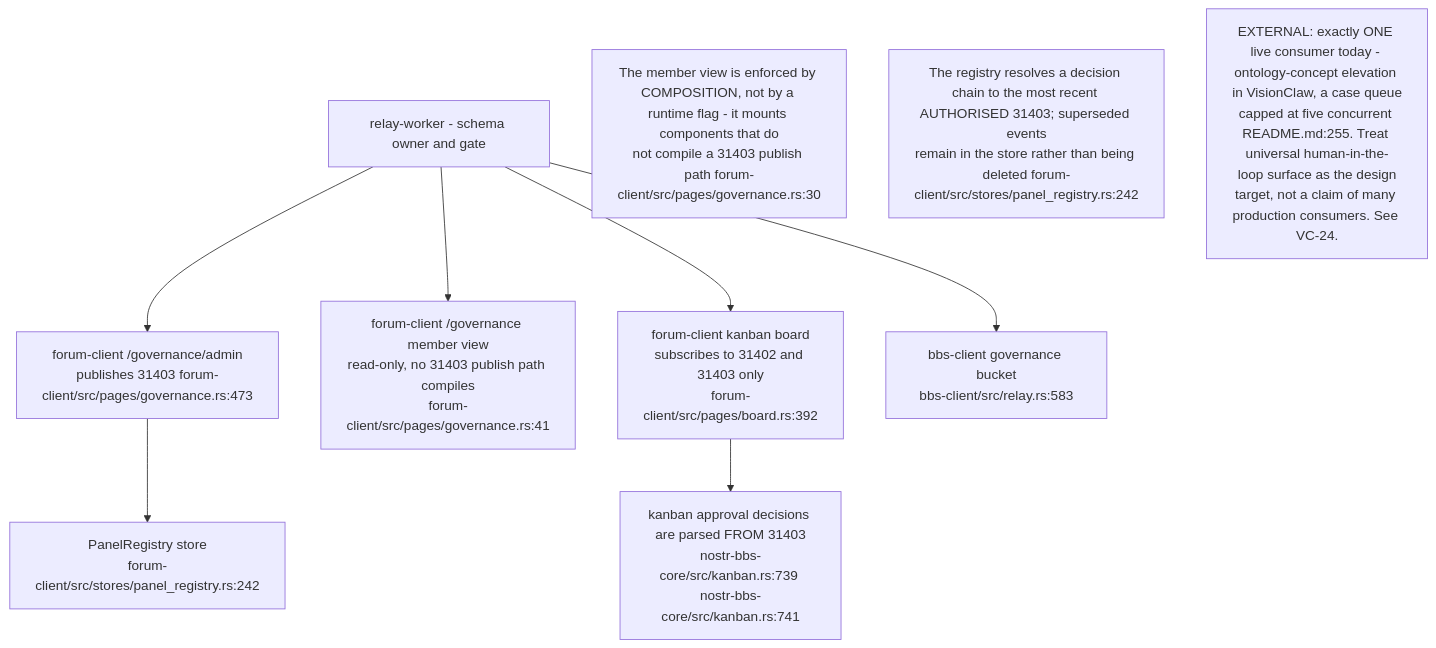
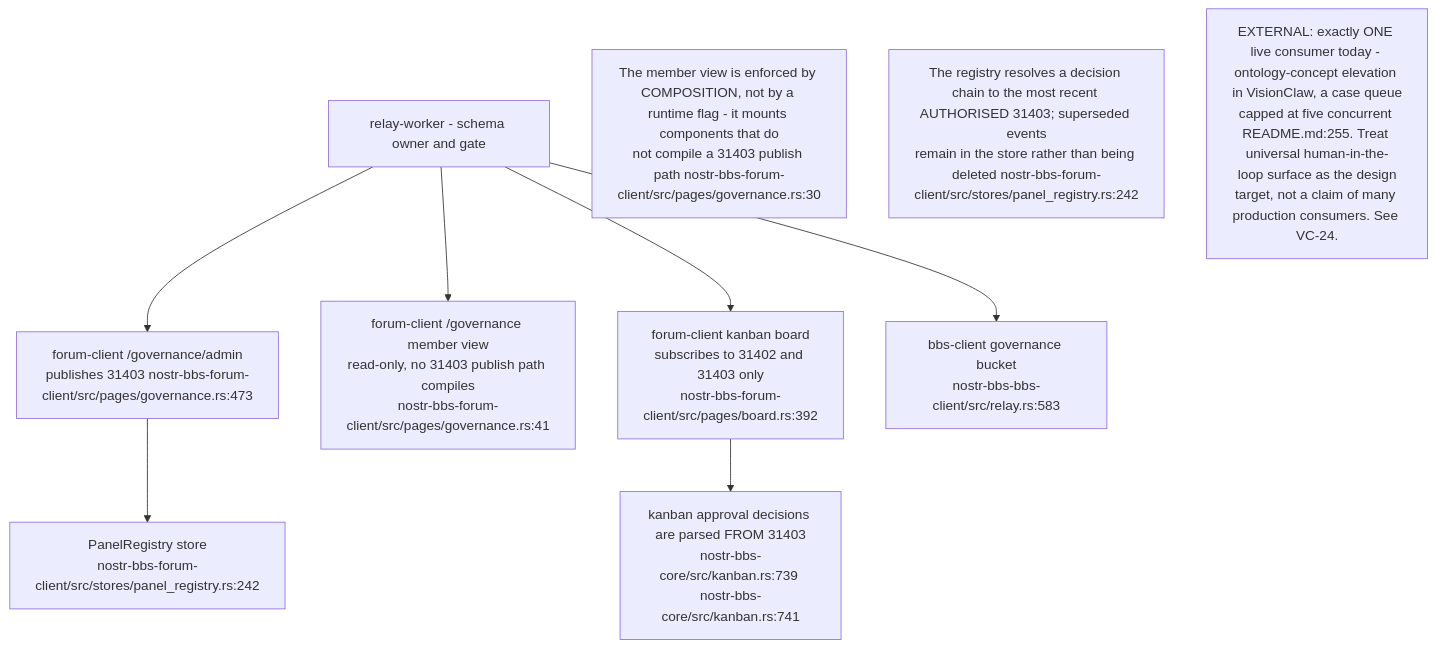
The tenth of 11 diagrams in docs/diagrams/nostr-rust-forum/06-agent-control-surface-31400-31405.md (DreamLab-AI/VisionFlow), drawn with Mermaid before and after one commit. The commit also changed other lines of this file and 185 other files, not shown here.

Commit message:
docs(estate): reconcile diagrams and ADRs with source and define closeout sprint

````diff
--- a/docs/diagrams/nostr-rust-forum/06-agent-control-surface-31400-31405.md
+++ b/docs/diagrams/nostr-rust-forum/06-agent-control-surface-31400-31405.md
@@ -278,18 +279,18 @@
 ```mermaid
 flowchart TB
     RELAY["relay-worker - schema owner and gate"]
-    FCADMIN["forum-client /governance/admin<br/>publishes 31403 forum-client/src/pages/governance.rs:473"]
-    FCMEM["forum-client /governance member view<br/>read-only, no 31403 publish path compiles<br/>forum-client/src/pages/governance.rs:41"]
-    BOARD["forum-client kanban board<br/>subscribes to 31402 and 31403 only<br/>forum-client/src/pages/board.rs:392"]
-    REG["PanelRegistry store<br/>forum-client/src/stores/panel_registry.rs:242"]
-    BBS["bbs-client governance bucket<br/>bbs-client/src/relay.rs:583"]
+    FCADMIN["forum-client /governance/admin<br/>publishes 31403 nostr-bbs-forum-client/src/pages/governance.rs:473"]
+    FCMEM["forum-client /governance member view<br/>read-only, no 31403 publish path compiles<br/>nostr-bbs-forum-client/src/pages/governance.rs:41"]
+    BOARD["forum-client kanban board<br/>subscribes to 31402 and 31403 only<br/>nostr-bbs-forum-client/src/pages/board.rs:392"]
+    REG["PanelRegistry store<br/>nostr-bbs-forum-client/src/stores/panel_registry.rs:242"]
+    BBS["bbs-client governance bucket<br/>nostr-bbs-bbs-client/src/relay.rs:583"]
     KAN["kanban approval decisions are parsed FROM 31403<br/>nostr-bbs-core/src/kanban.rs:739 nostr-bbs-core/src/kanban.rs:741"]
 
     RELAY --> FCADMIN & FCMEM & BOARD & BBS
     FCADMIN --> REG
     BOARD --> KAN
 
-    N1["The member view is enforced by COMPOSITION, not by a runtime flag - it mounts components that do<br/>not compile a 31403 publish path forum-client/src/pages/governance.rs:30"]
-    N2["The registry resolves a decision chain to the most recent AUTHORISED 31403; superseded events<br/>remain in the store rather than being deleted forum-client/src/stores/panel_registry.rs:242"]
+    N1["The member view is enforced by COMPOSITION, not by a runtime flag - it mounts components that do<br/>not compile a 31403 publish path nostr-bbs-forum-client/src/pages/governance.rs:30"]
+    N2["The registry resolves a decision chain to the most recent AUTHORISED 31403; superseded events<br/>remain in the store rather than being deleted nostr-bbs-forum-client/src/stores/panel_registry.rs:242"]
     N3["EXTERNAL: exactly ONE live consumer today - ontology-concept elevation in VisionClaw, a case queue<br/>capped at five concurrent README.md:255. Treat universal human-in-the-loop surface as the design<br/>target, not a claim of many production consumers. See VC-24."]
 ```
````
